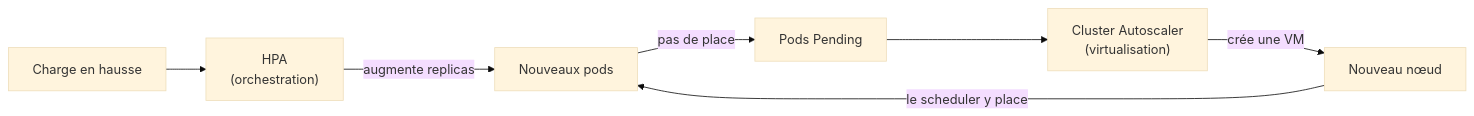
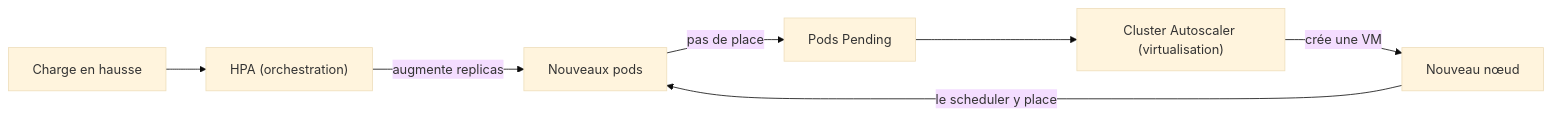
The diagram in docs/Virtualisation-et-orchestration.md (astronas/Ynov---Containerization-Orchestration), drawn with Mermaid (base theme) before and after one commit. The commit also changed other lines of this file and 160 other files, not shown here.

First line of the commit message:
Refonte visuelle : charte des rendus de TP, illustrations et captures réelles

````diff
--- a/docs/Virtualisation-et-orchestration.md
+++ b/docs/Virtualisation-et-orchestration.md
@@ -287,9 +108,9 @@
 ```mermaid
 flowchart LR
-    L["Charge en hausse"] --> HPA["HPA<br/>(orchestration)"]
+    L["Charge en hausse"] --> HPA["HPA (orchestration)"]
     HPA -->|"augmente replicas"| P["Nouveaux pods"]
     P -->|"pas de place"| PE["Pods Pending"]
-    PE --> CA["Cluster Autoscaler<br/>(virtualisation)"]
+    PE --> CA["Cluster Autoscaler (virtualisation)"]
     CA -->|"crée une VM"| N["Nouveau nœud"]
     N -->|"le scheduler y place"| P
 ```
````
